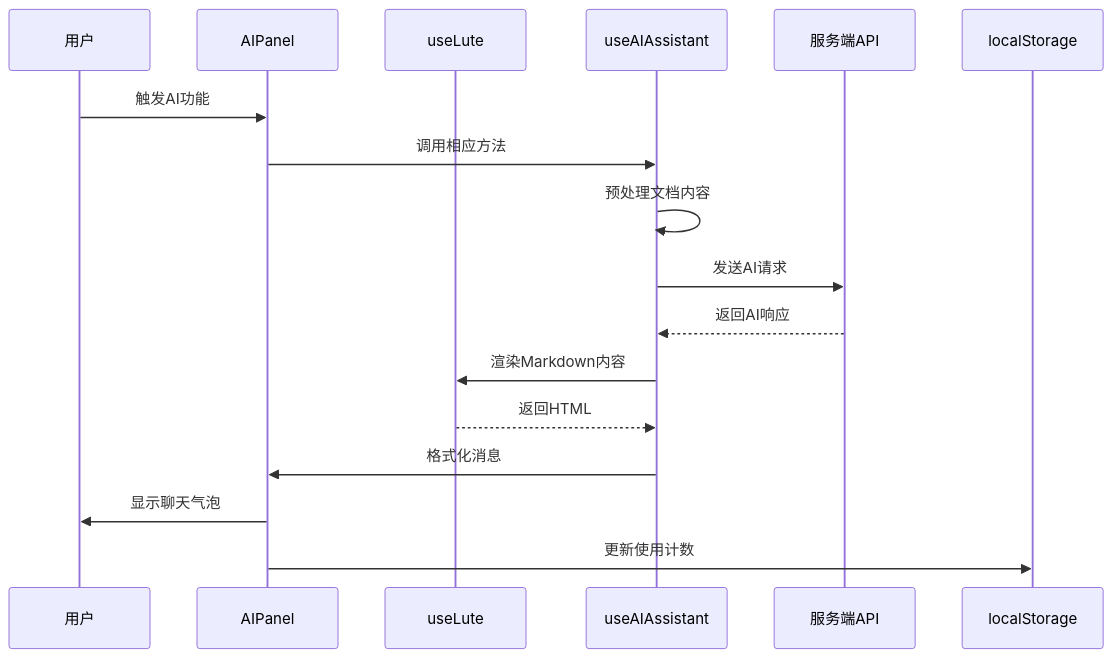
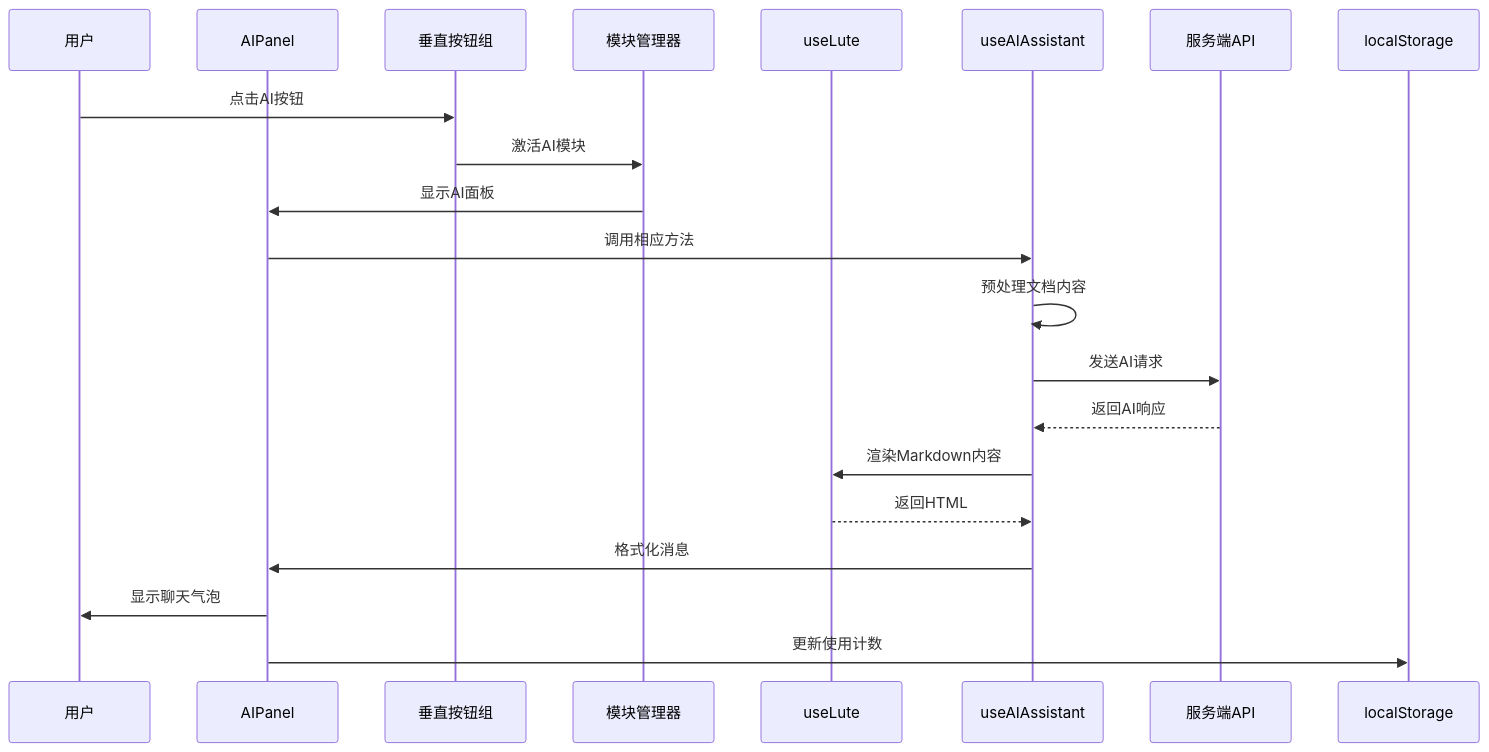
Before and after one commit to terwer/siyuan-plugin-blog: the ninth of 34 diagrams in .qoder/repowiki/zh/content/核心功能/AI助手系统.md, drawn with Mermaid. The commit also changed other lines of this file and 5 other files, not shown here.

````diff
--- a/.qoder/repowiki/zh/content/核心功能/AI助手系统.md
+++ b/.qoder/repowiki/zh/content/核心功能/AI助手系统.md
@@ -325,19 +444,23 @@
 ```mermaid
 sequenceDiagram
 participant User as 用户
 participant Panel as AIPanel
+participant CollapsedButtons as 垂直按钮组
+participant ModuleManager as 模块管理器
 participant Lute as useLute
 participant Assistant as useAIAssistant
 participant Server as 服务端API
 participant Storage as localStorage
-User->>Panel : 触发AI功能
+User->>CollapsedButtons : 点击AI按钮
+CollapsedButtons->>ModuleManager : 激活AI模块
+ModuleManager->>Panel : 显示AI面板
 Panel->>Assistant : 调用相应方法
 Assistant->>Assistant : 预处理文档内容
 Assistant->>Server : 发送AI请求
 Server-->>Assistant : 返回AI响应
 Assistant->>Lute : 渲染Markdown内容
 Lute-->>Assistant : 返回HTML
 Assistant->>Panel : 格式化消息
 Panel->>User : 显示聊天气泡
 Panel->>Storage : 更新使用计数
 ```
````
